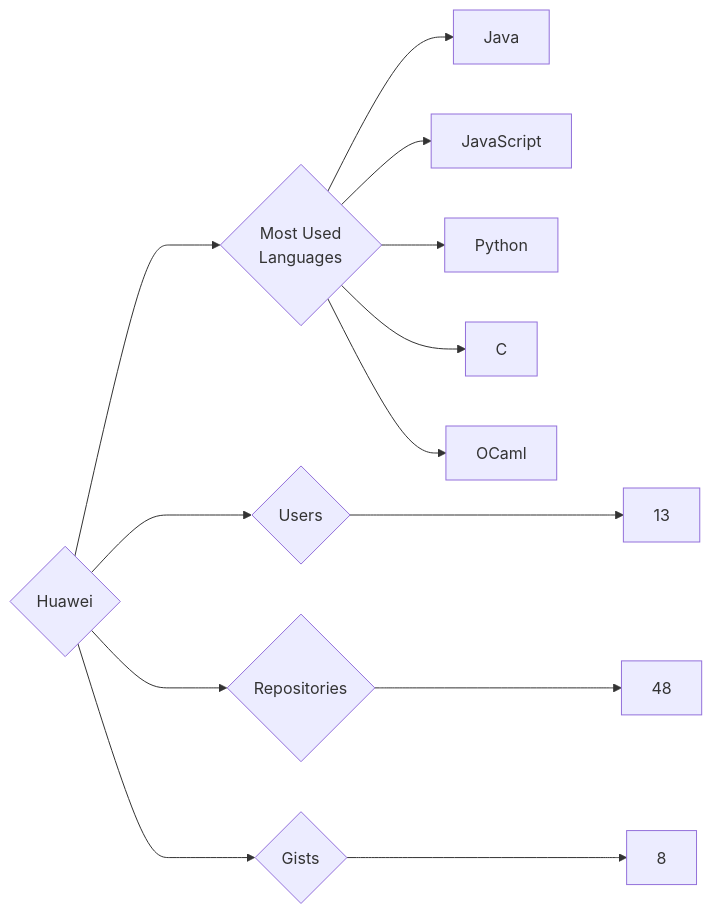
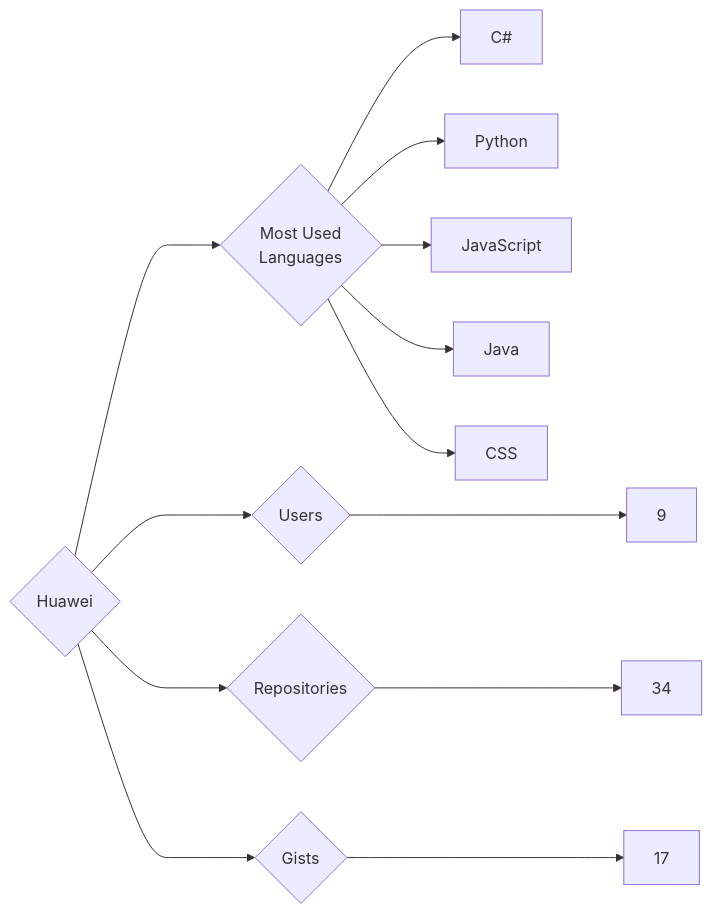
The diagram in targets/Huawei/README.md (trickest/insiders), drawn with Mermaid before and after one commit. The commit also changed 1030 other files, not shown here.

````diff
--- a/targets/Huawei/README.md
+++ b/targets/Huawei/README.md
@@ -3,13 +3,13 @@
 ```mermaid
 graph LR
 COMPANY_NAME{Huawei}
-COMPANY_NAME ---> U{Users} ---> UN[13]
-COMPANY_NAME ---> R{Repositories} ---> RN[48]
-COMPANY_NAME ---> G{Gists} ---> GN[8]
+COMPANY_NAME ---> U{Users} ---> UN[9]
+COMPANY_NAME ---> R{Repositories} ---> RN[34]
+COMPANY_NAME ---> G{Gists} ---> GN[17]
 COMPANY_NAME ---> ML{Most Used<br>Languages}
+ML --> C#[C#]
+ML --> Python[Python]
+ML --> JavaScript[JavaScript]
 ML --> Java[Java]
-ML --> JavaScript[JavaScript]
-ML --> Python[Python]
-ML --> C[C]
-ML --> OCaml[OCaml]
+ML --> CSS[CSS]
 ```
````
